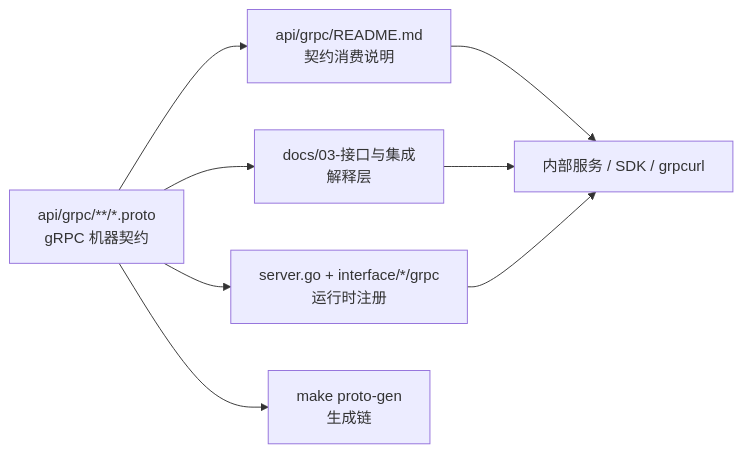
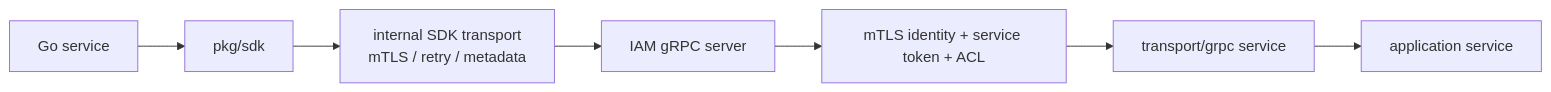
Before and after one commit to FangcunMount/iam: the diagram in docs/03-接口与集成/02-gRPC契约与接入.md, drawn with Mermaid. The commit also changed other lines of this file and 61 other files, not shown here.

````diff
--- a/docs/03-接口与集成/02-gRPC契约与接入.md
+++ b/docs/03-接口与集成/02-gRPC契约与接入.md
@@ -38,17 +29,9 @@
 ```mermaid
 flowchart LR
-    Proto["api/grpc/**/*.proto<br/>gRPC 机器契约"]
-    Readme["api/grpc/README.md<br/>契约消费说明"]
-    Docs["docs/03-接口与集成<br/>解释层"]
-    Runtime["server.go + interface/*/grpc<br/>运行时注册"]
-    Gen["make proto-gen<br/>生成链"]
-    Caller["内部服务 / SDK / grpcurl"]
-
-    Proto --> Readme
-    Proto --> Docs
-    Proto --> Runtime
-    Proto --> Gen
-    Readme --> Caller
-    Docs --> Caller
-    Runtime --> Caller
+    Caller["Go service"] --> SDK["pkg/sdk"]
+    SDK --> Transport["internal SDK transport\nmTLS / retry / metadata"]
+    Transport --> GRPC["IAM gRPC server"]
+    GRPC --> ACL["mTLS identity + service token + ACL"]
+    ACL --> Handler["transport/grpc service"]
+    Handler --> App["application service"]
 ```
````
